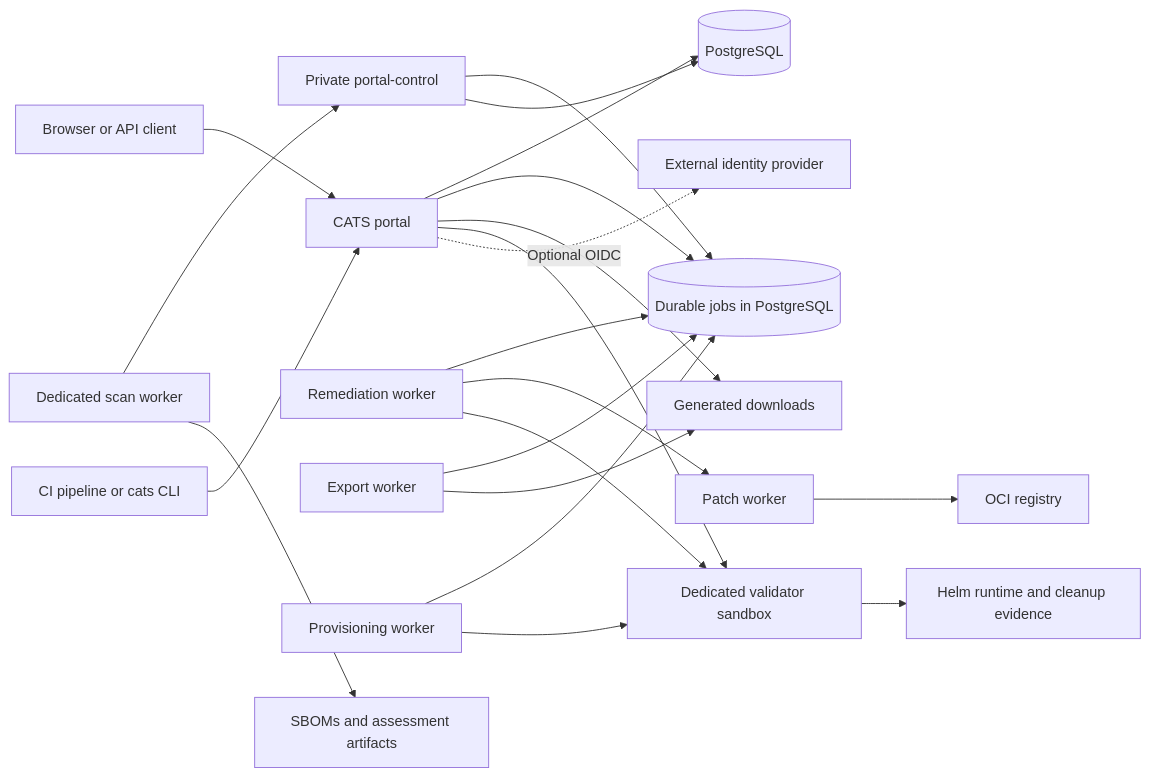
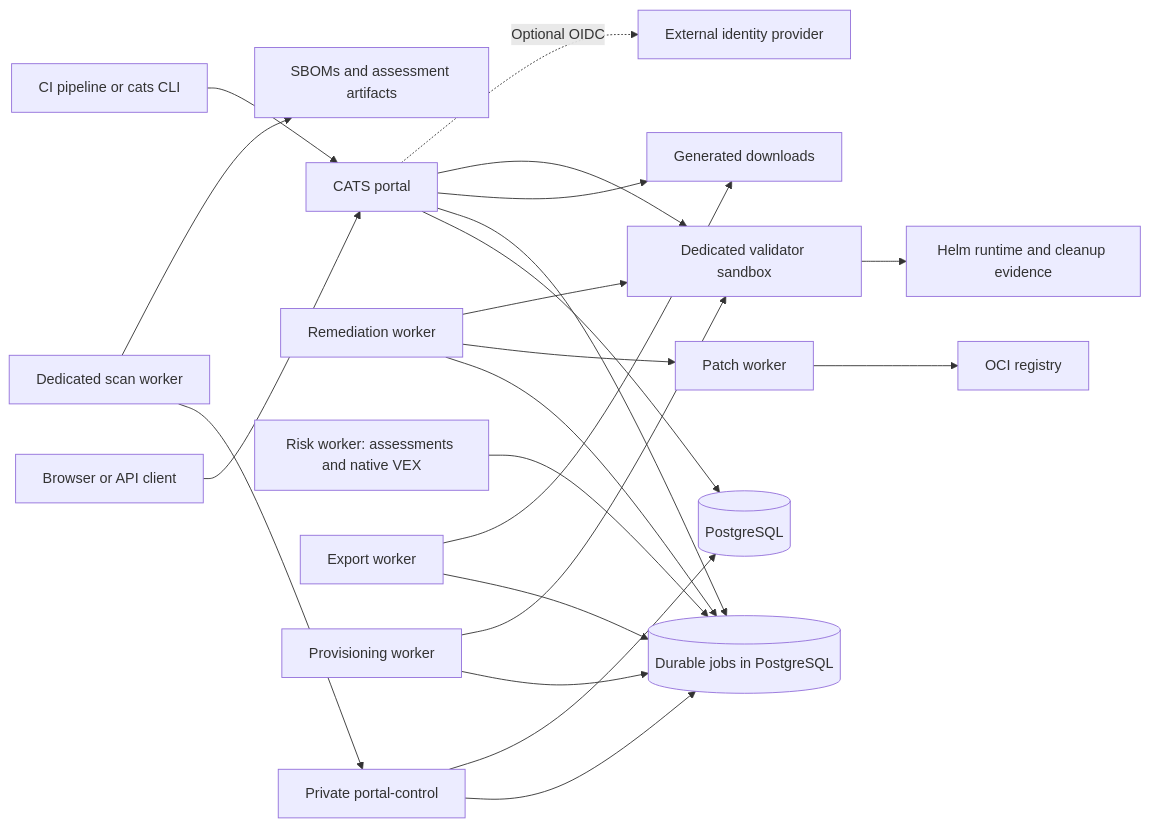
One commit to jewatson1994/CATS changed the diagram in README.md. Above: the diagram before and after it, drawn with Mermaid. The commit also changed other lines of this file and 262 other files, not shown here.

Commit message:
Integrate group-scoped Risk Policy and native VEX intelligence

````diff
--- a/README.md
+++ b/README.md
@@ -151,23 +159,24 @@
 ```mermaid
 flowchart LR
     Browser[Browser or API client] --> Portal[CATS portal]
     Pipeline[CI pipeline or cats CLI] --> Portal
     Portal --> DB[(PostgreSQL)]
     Portal --> Queue[(Durable jobs in PostgreSQL)]
     Control[Private portal-control] --> Queue
     Scanner[Dedicated scan worker] --> Control
     Control --> DB
     Remediation[Remediation worker] --> Queue
+    Risk[Risk worker: assessments and native VEX] --> Queue
     Export[Export worker] --> Queue
     Provisioning[Provisioning worker] --> Queue
     Remediation --> Worker[Patch worker]
     Remediation --> Validator[Dedicated validator sandbox]
     Export --> Downloads[Generated downloads]
     Portal --> Downloads
     Provisioning --> Validator
     Portal --> Validator[Dedicated validator sandbox]
     Portal -. Optional OIDC .-> Identity[External identity provider]
     Scanner --> Evidence[SBOMs and assessment artifacts]
     Worker --> Registry[OCI registry]
     Validator --> Runtime[Helm runtime and cleanup evidence]
 ```
````
